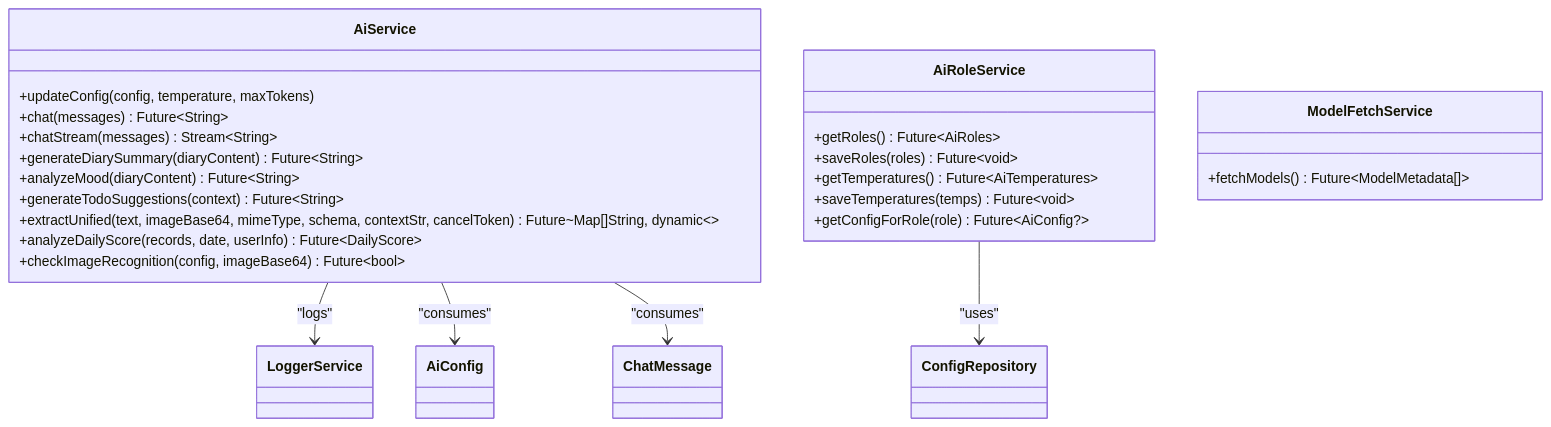
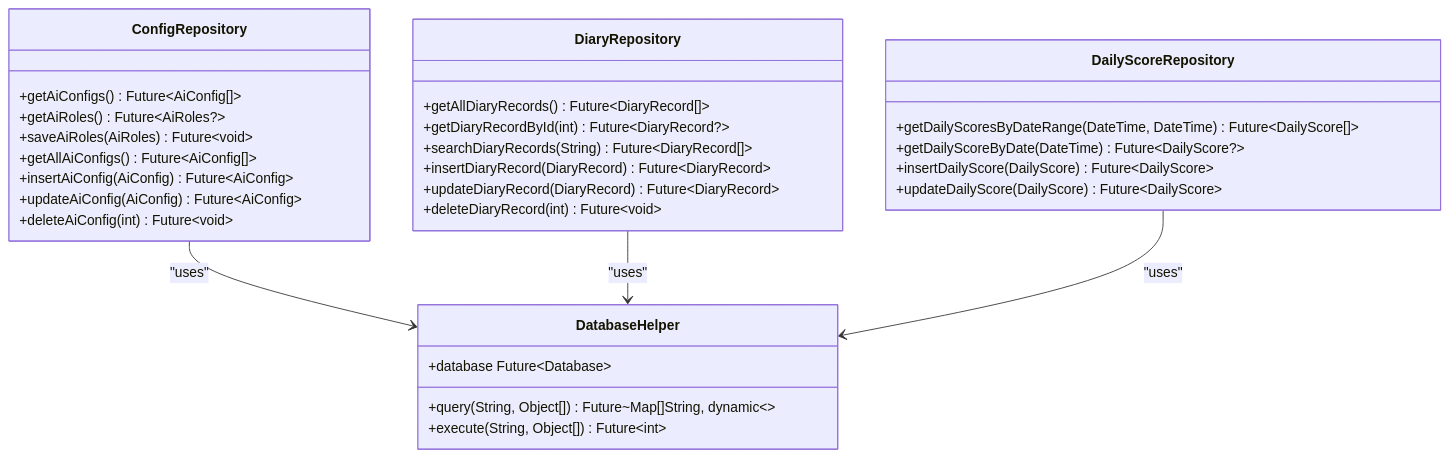
The third of 7 diagrams in .qoder/repowiki/en/content/Services Layer/Services Layer.md (favoroo/QNote), drawn with Mermaid before and after one commit. The commit also changed other lines of this file and 65 other files, not shown here.

First line of the commit message:
docs: 新增项目文档与配置文件，修复AI提取与热力图问题

````diff
--- a/.qoder/repowiki/en/content/Services Layer/Services Layer.md
+++ b/.qoder/repowiki/en/content/Services Layer/Services Layer.md
@@ -161,28 +155,34 @@
 ```mermaid
 classDiagram
-class AiService {
-+updateConfig(config, temperature, maxTokens)
-+chat(messages) Future~String~
-+chatStream(messages) Stream~String~
-+generateDiarySummary(diaryContent) Future~String~
-+analyzeMood(diaryContent) Future~String~
-+generateTodoSuggestions(context) Future~String~
-+extractUnified(text, imageBase64, mimeType, schema, contextStr, cancelToken) Future~Map[]String, dynamic~~
-+analyzeDailyScore(records, date, userInfo) Future~DailyScore~
-+checkImageRecognition(config, imageBase64) Future~bool~
+class ConfigRepository {
++getAiConfigs() Future~AiConfig[]~
++getAiRoles() Future~AiRoles?~
++saveAiRoles(AiRoles) Future~void~
++getAllAiConfigs() Future~AiConfig[]~
++insertAiConfig(AiConfig) Future~AiConfig~
++updateAiConfig(AiConfig) Future~AiConfig~
++deleteAiConfig(int) Future~void~
 }
-class AiRoleService {
-+getRoles() Future~AiRoles~
-+saveRoles(roles) Future~void~
-+getTemperatures() Future~AiTemperatures~
-+saveTemperatures(temps) Future~void~
-+getConfigForRole(role) Future~AiConfig?~
+class DiaryRepository {
++getAllDiaryRecords() Future~DiaryRecord[]~
++getDiaryRecordById(int) Future~DiaryRecord?~
++searchDiaryRecords(String) Future~DiaryRecord[]~
++insertDiaryRecord(DiaryRecord) Future~DiaryRecord~
++updateDiaryRecord(DiaryRecord) Future~DiaryRecord~
++deleteDiaryRecord(int) Future~void~
 }
-class ModelFetchService {
-+fetchModels() Future~ModelMetadata[]~
+class DailyScoreRepository {
++getDailyScoresByDateRange(DateTime, DateTime) Future~DailyScore[]~
++getDailyScoreByDate(DateTime) Future~DailyScore?~
++insertDailyScore(DailyScore) Future~DailyScore~
++updateDailyScore(DailyScore) Future~DailyScore~
 }
-AiRoleService --> ConfigRepository : "uses"
-AiService --> LoggerService : "logs"
-AiService --> AiConfig : "consumes"
-AiService --> ChatMessage : "consumes"
+class DatabaseHelper {
++database Future~Database~
++query(String, Object[]) Future~Map[]String, dynamic~~
++execute(String, Object[]) Future~int~
+}
+ConfigRepository --> DatabaseHelper : "uses"
+DiaryRepository --> DatabaseHelper : "uses"
+DailyScoreRepository --> DatabaseHelper : "uses"
 ```
````
